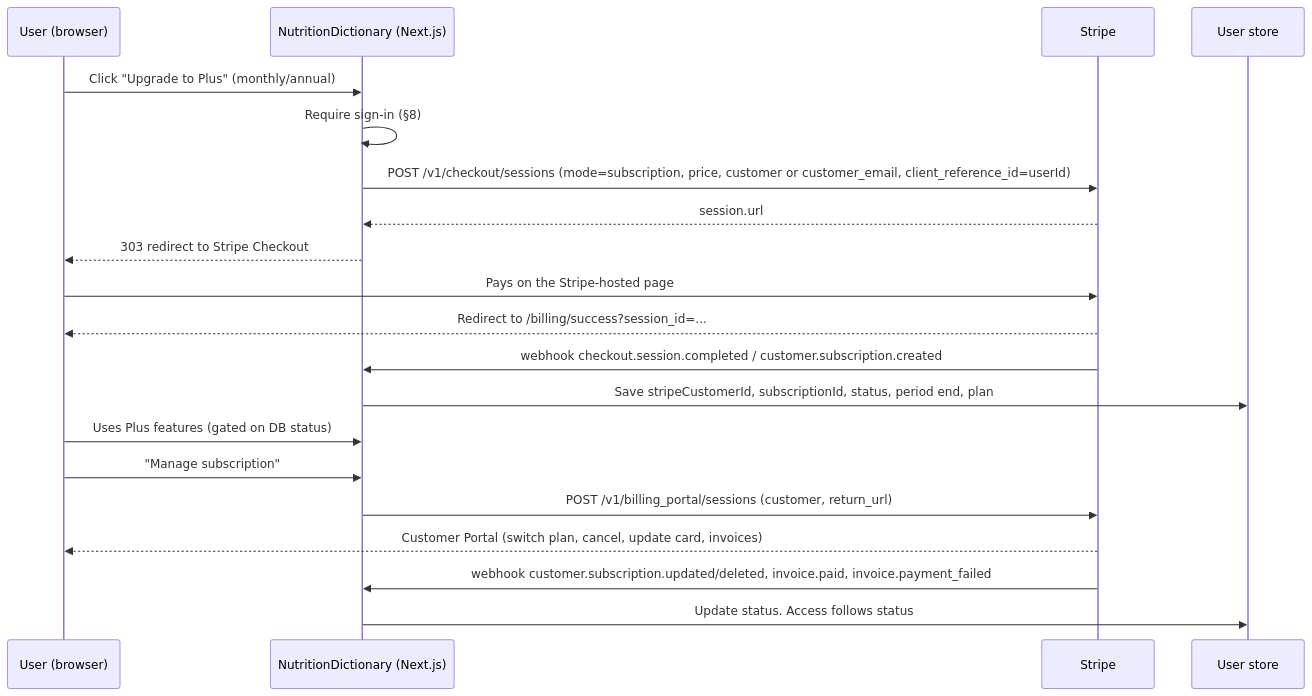
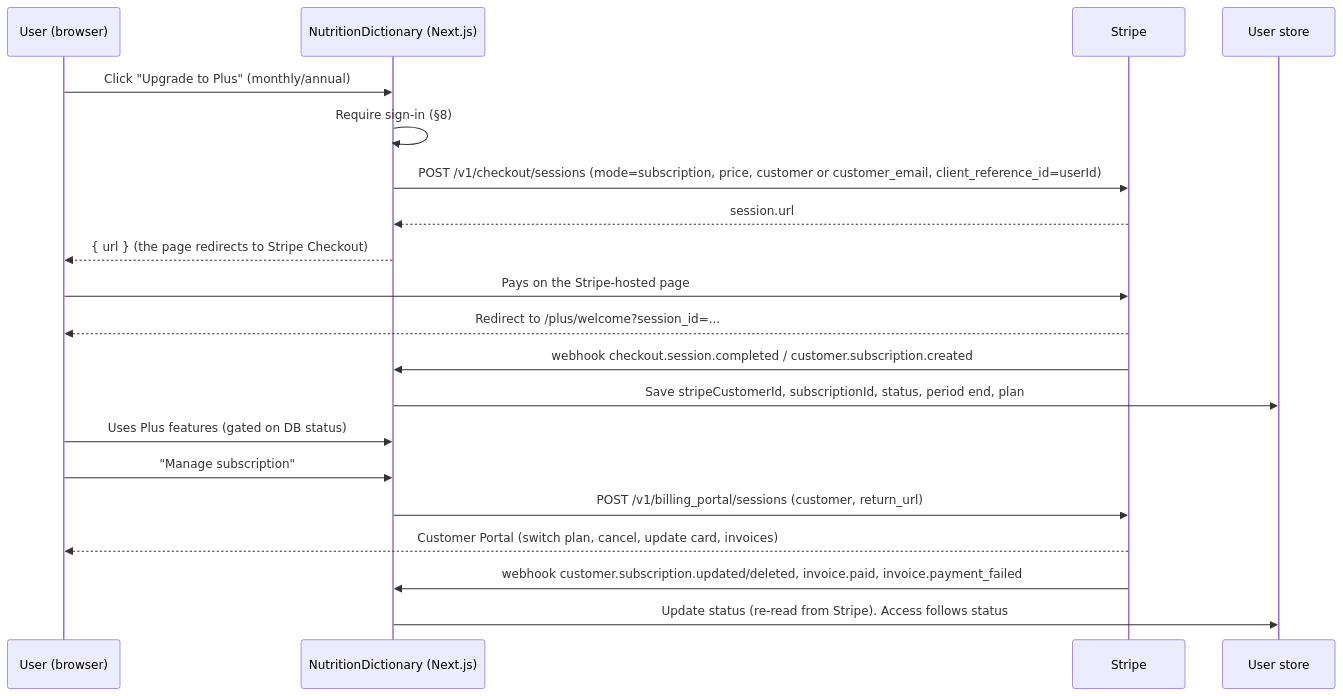
One commit to yonaadug/FoodNutritionOptimize changed the diagram in docs/STRIPE_PLAN.md. Above: the diagram before and after it, drawn with Mermaid. The commit also changed other lines of this file and 5 other files, not shown here.

First line of the commit message:
Docs: what's built for Plus and Stripe, how to test in the sandbox, plan storage

````diff
--- a/docs/STRIPE_PLAN.md
+++ b/docs/STRIPE_PLAN.md
@@ -34,22 +34,22 @@
 ```mermaid
 sequenceDiagram
     participant U as User (browser)
     participant A as NutritionDictionary (Next.js)
     participant S as Stripe
     participant DB as User store
     U->>A: Click "Upgrade to Plus" (monthly/annual)
     A->>A: Require sign-in (§8)
     A->>S: POST /v1/checkout/sessions (mode=subscription, price, customer or customer_email, client_reference_id=userId)
     S-->>A: session.url
-    A-->>U: 303 redirect to Stripe Checkout
+    A-->>U: { url } (the page redirects to Stripe Checkout)
     U->>S: Pays on the Stripe-hosted page
-    S-->>U: Redirect to /billing/success?session_id=...
+    S-->>U: Redirect to /plus/welcome?session_id=...
     S->>A: webhook checkout.session.completed / customer.subscription.created
     A->>DB: Save stripeCustomerId, subscriptionId, status, period end, plan
     U->>A: Uses Plus features (gated on DB status)
     U->>A: "Manage subscription"
     A->>S: POST /v1/billing_portal/sessions (customer, return_url)
     S-->>U: Customer Portal (switch plan, cancel, update card, invoices)
     S->>A: webhook customer.subscription.updated/deleted, invoice.paid, invoice.payment_failed
-    A->>DB: Update status. Access follows status
+    A->>DB: Update status (re-read from Stripe). Access follows status
 ```
````
